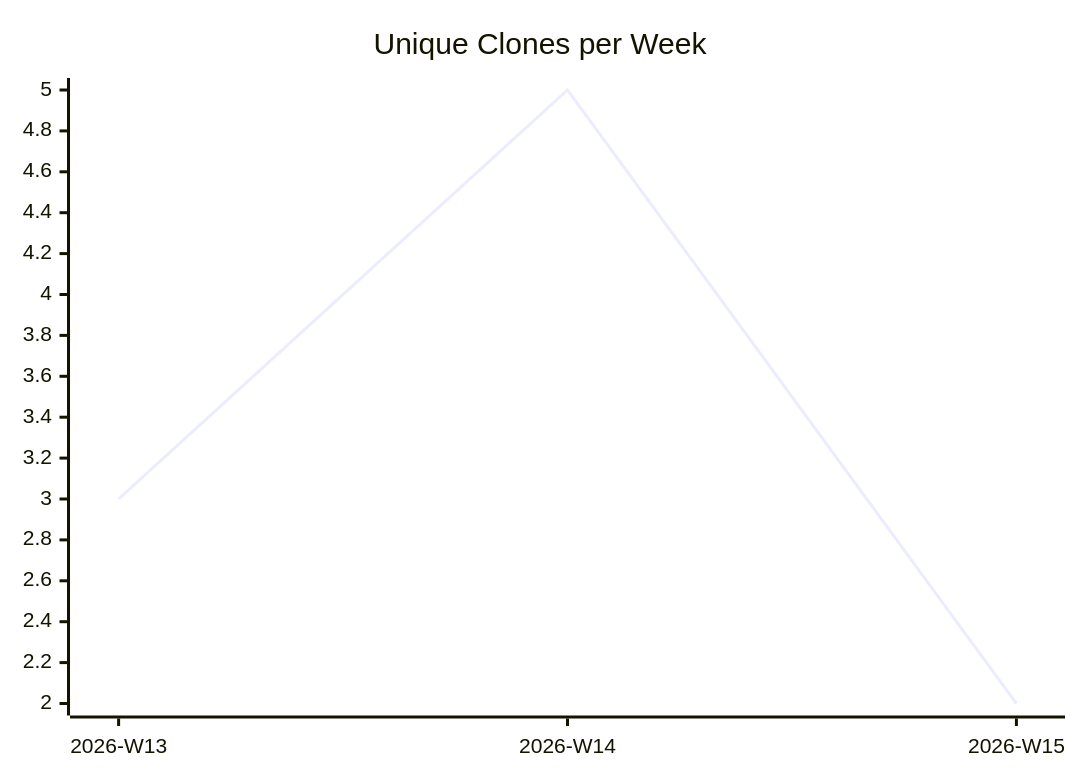
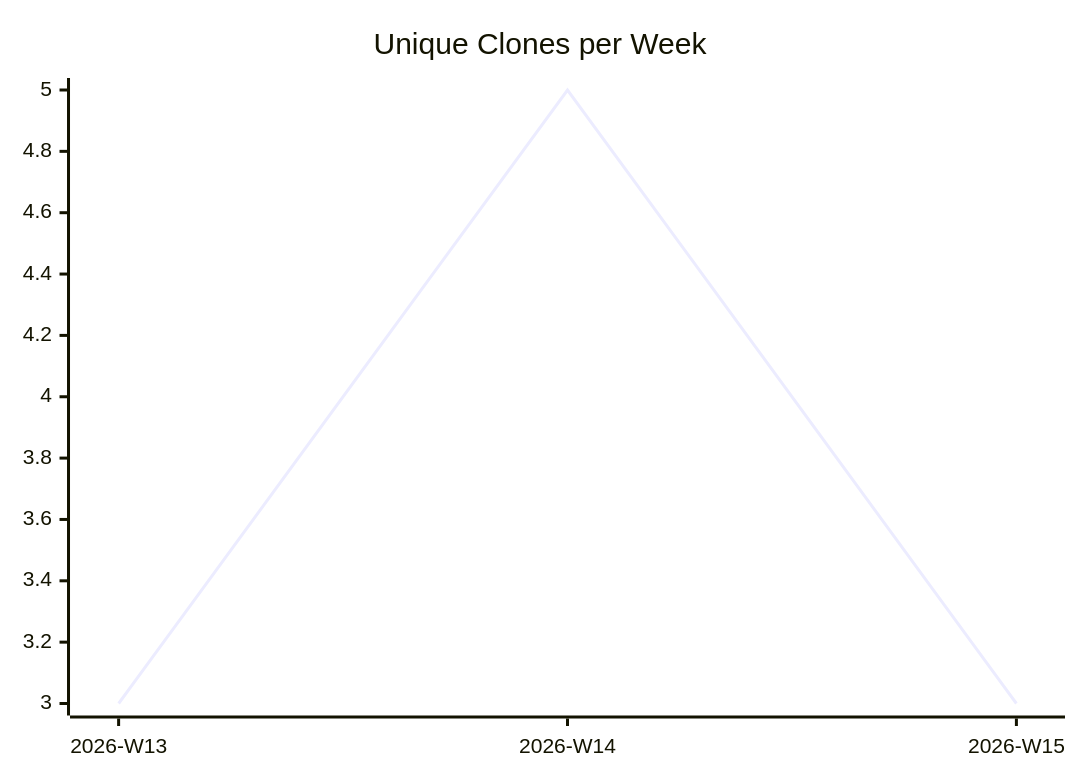
One commit to justdavis-family/github-analytics-data changed the third of 3 diagrams in karlmdavis/ansible-role-bind-dns/README.md. Above: the diagram before and after it, drawn with Mermaid. The commit also changed other lines of this file and 192 other files, not shown here.

````diff
--- a/karlmdavis/ansible-role-bind-dns/README.md
+++ b/karlmdavis/ansible-role-bind-dns/README.md
@@ -19,6 +19,6 @@
 ```mermaid
 xychart-beta
   title "Unique Clones per Week"
   x-axis ["2026-W13", "2026-W14", "2026-W15"]
-  line [3, 5, 2]
+  line [3, 5, 3]
 ```
````
